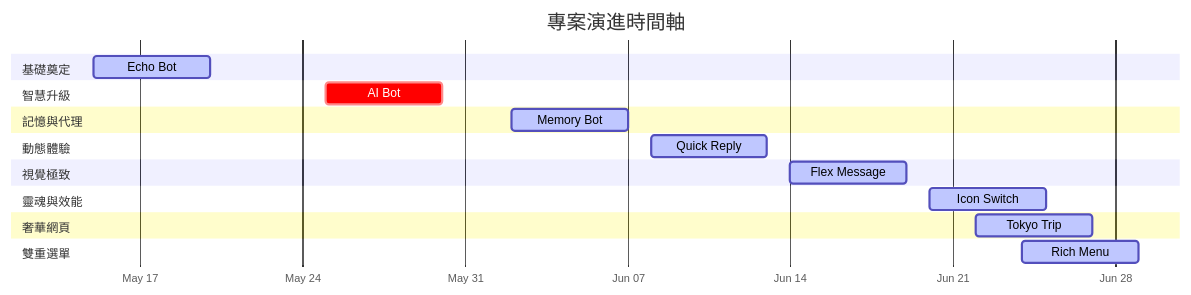
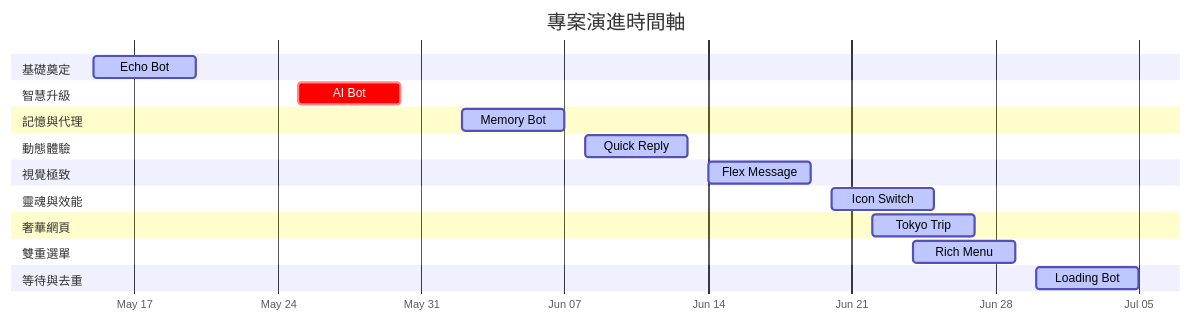
One commit to zonawang/zona-ai-learning-lab changed the diagram in README.md. Above: the diagram before and after it, drawn with Mermaid. The commit also changed other lines of this file, not shown here.

Commit message:
docs: add 9th station LINE Loading Animation Bot to README

````diff
--- a/README.md
+++ b/README.md
@@ -11,30 +11,33 @@
 ```mermaid
 gantt
     title 專案演進時間軸
     dateFormat  YYYY-MM-DD
     axisFormat  %b %d
     
     section 基礎奠定
     Echo Bot :active, p1, 2026-05-15, 5d
     
     section 智慧升級
     AI Bot :crit, p2, 2026-05-25, 5d
     
     section 記憶與代理
     Memory Bot :active, p3, 2026-06-02, 5d
     
     section 動態體驗
     Quick Reply :active, p4, 2026-06-08, 5d
     
     section 視覺極致
     Flex Message :active, p5, 2026-06-14, 5d
     
     section 靈魂與效能
     Icon Switch :active, p6, 2026-06-20, 5d
     
     section 奢華網頁
     Tokyo Trip :active, p7, 2026-06-22, 5d
     
     section 雙重選單
     Rich Menu :active, p8, 2026-06-24, 5d
+    
+    section 等待與去重
+    Loading Bot :active, p9, 2026-06-30, 5d
 ```
````
